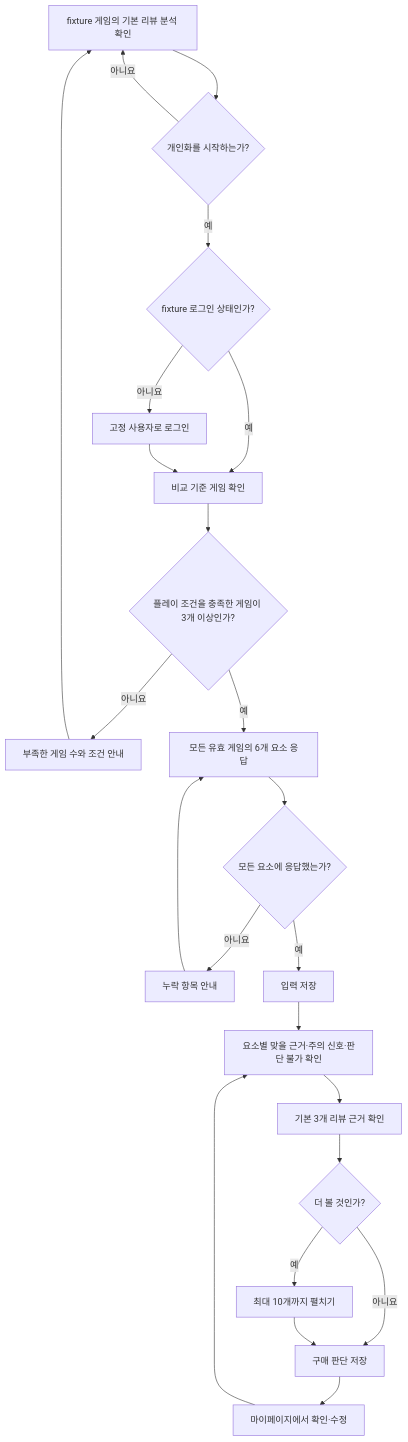
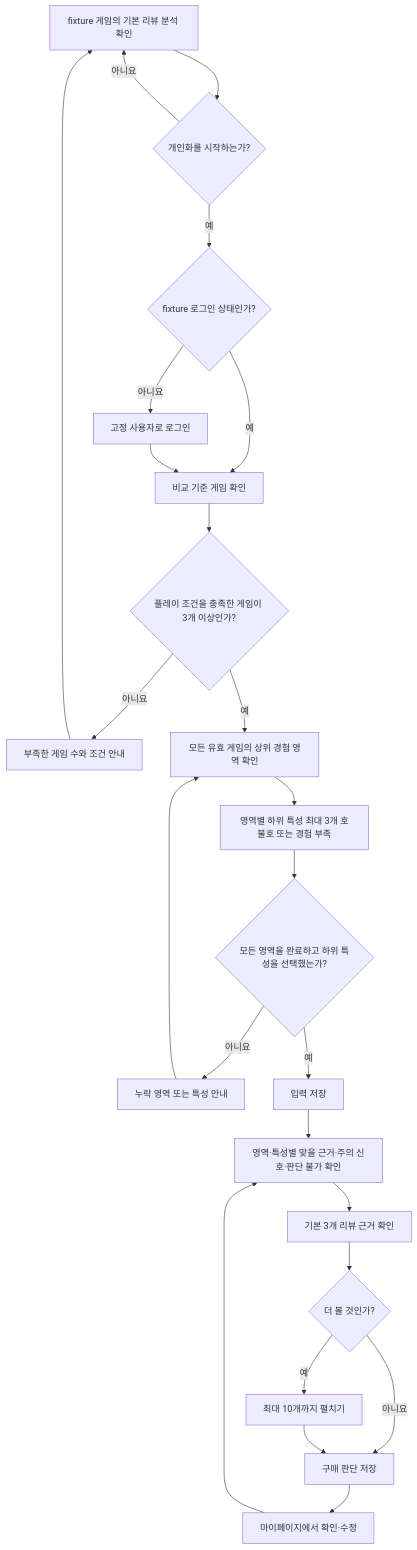
The diagram in docs/product/user-flow.md (nickwildee/nextquest), drawn with Mermaid before and after one commit. The commit also changed other lines of this file and 7 other files, not shown here.

````diff
--- a/docs/product/user-flow.md
+++ b/docs/product/user-flow.md
@@ -7,25 +7,26 @@
 ```mermaid
 flowchart TD
     A["fixture 게임의 기본 리뷰 분석 확인"] --> B{"개인화를 시작하는가?"}
     B -->|아니요| A
     B -->|예| C{"fixture 로그인 상태인가?"}
     C -->|아니요| D["고정 사용자로 로그인"]
     C -->|예| E["비교 기준 게임 확인"]
     D --> E
     E --> F{"플레이 조건을 충족한 게임이 3개 이상인가?"}
     F -->|아니요| G["부족한 게임 수와 조건 안내"]
     G --> A
-    F -->|예| H["모든 유효 게임의 6개 요소 응답"]
-    H --> I{"모든 요소에 응답했는가?"}
-    I -->|아니요| J["누락 항목 안내"]
+    F -->|예| H["모든 유효 게임의 상위 경험 영역 확인"]
+    H --> I["영역별 하위 특성 최대 3개 호불호 또는 경험 부족"]
+    I --> R{"모든 영역을 완료하고 하위 특성을 선택했는가?"}
+    R -->|아니요| J["누락 영역 또는 특성 안내"]
     J --> H
-    I -->|예| K["입력 저장"]
-    K --> L["요소별 맞을 근거·주의 신호·판단 불가 확인"]
+    R -->|예| K["입력 저장"]
+    K --> L["영역·특성별 맞을 근거·주의 신호·판단 불가 확인"]
     L --> M["기본 3개 리뷰 근거 확인"]
     M --> N{"더 볼 것인가?"}
     N -->|예| O["최대 10개까지 펼치기"]
     N -->|아니요| P["구매 판단 저장"]
     O --> P
     P --> Q["마이페이지에서 확인·수정"]
     Q --> L
 ```
````
